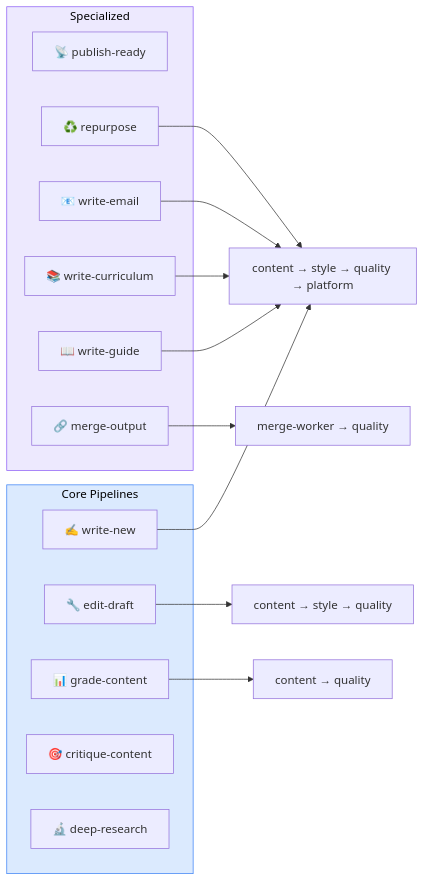
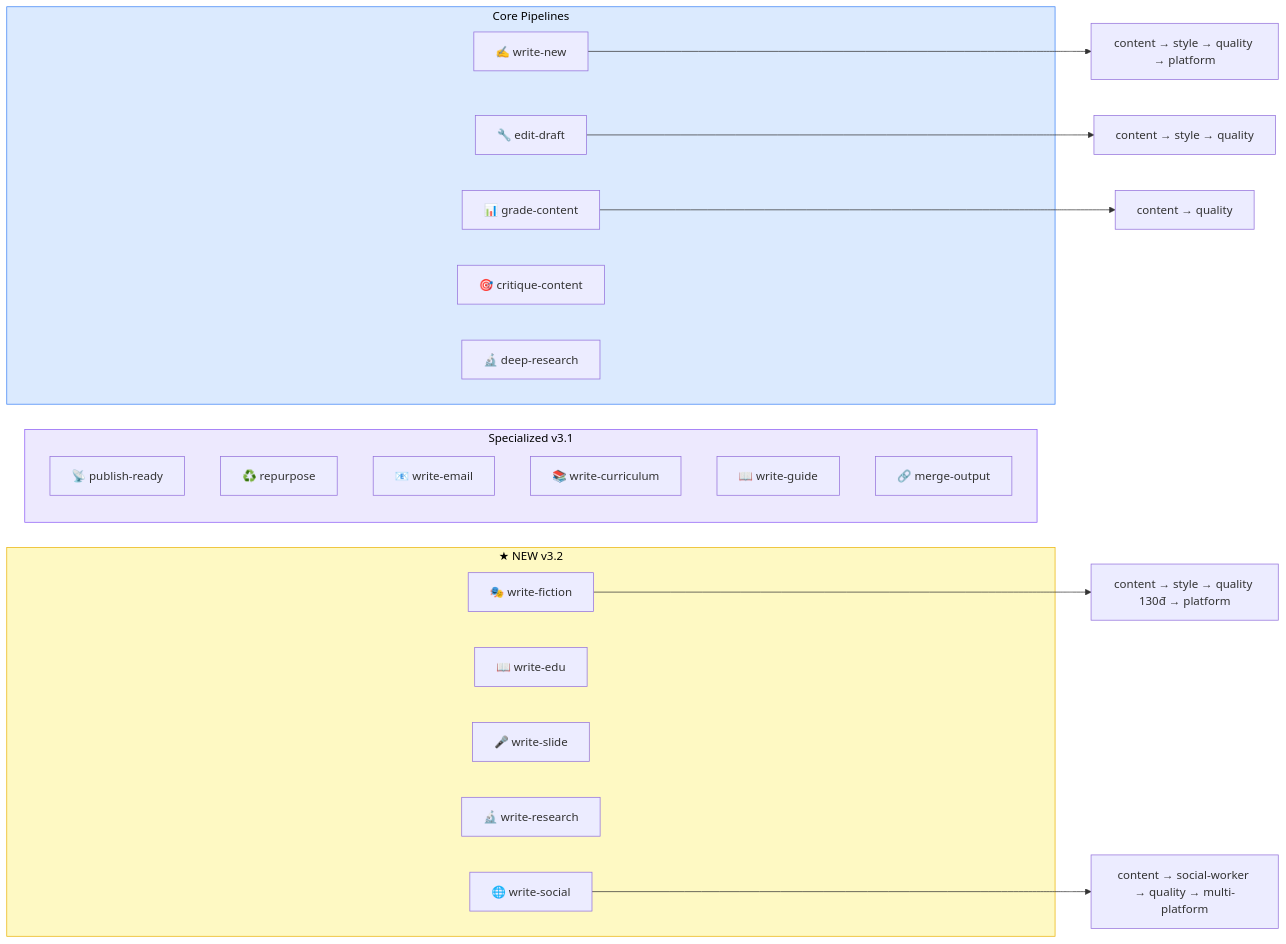
The fourth of 8 diagrams in README.md (xaotiensinh-abm/viet-chuyen-nghiep), drawn with Mermaid before and after one commit. The commit also changed other lines of this file, not shown here.

Commit message:
docs: Update README.md for v3.2 — new pipelines, workers, fiction spotlight, architecture diagrams

````diff
--- a/README.md
+++ b/README.md
@@ -274,31 +305,37 @@
 ```mermaid
 flowchart LR
     subgraph CORE["Core Pipelines"]
         P1["✍️ write-new"]
         P2["🔧 edit-draft"]
         P3["📊 grade-content"]
         P4["🎯 critique-content"]
         P5["🔬 deep-research"]
     end
 
-    subgraph SPECIALIZED["Specialized"]
+    subgraph SPECIALIZED["Specialized v3.1"]
         P6["📡 publish-ready"]
         P7["♻️ repurpose"]
         P8["📧 write-email"]
         P9["📚 write-curriculum"]
         P10["📖 write-guide"]
         P11["🔗 merge-output"]
     end
 
+    subgraph NEW32["★ NEW v3.2"]
+        P12["🎭 write-fiction"]
+        P13["📖 write-edu"]
+        P14["🎤 write-slide"]
+        P15["🔬 write-research"]
+        P16["🌐 write-social"]
+    end
+
     P1 --> FLOW1["content → style → quality → platform"]
     P2 --> FLOW2["content → style → quality"]
     P3 --> FLOW3["content → quality"]
-    P7 --> FLOW1
-    P8 --> FLOW1
-    P9 --> FLOW1
-    P10 --> FLOW1
-    P11 --> FLOW4["merge-worker → quality"]
+    P12 --> FLOW5["content → style → quality 130đ → platform"]
+    P16 --> FLOW6["content → social-worker → quality → multi-platform"]
 
     style CORE fill:#dbeafe,stroke:#3b82f6,color:#000
     style SPECIALIZED fill:#ede9fe,stroke:#8b5cf6,color:#000
+    style NEW32 fill:#fef9c3,stroke:#eab308,color:#000
 ```
````
